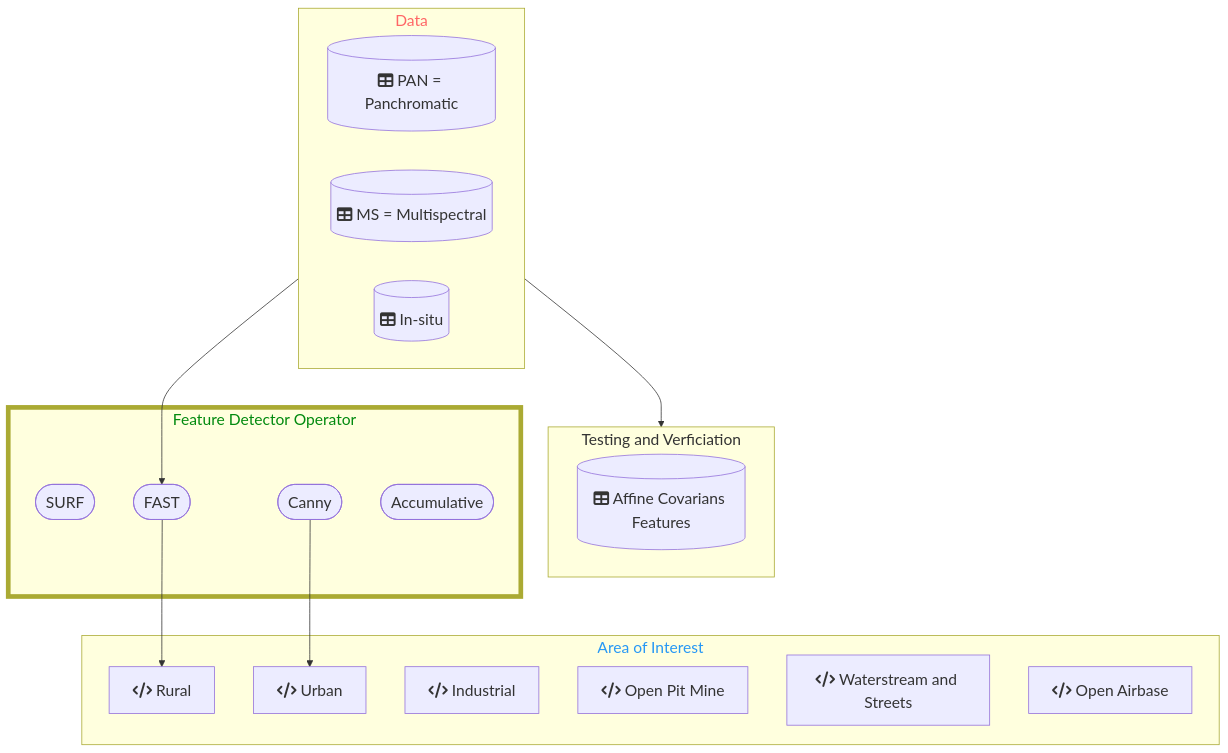
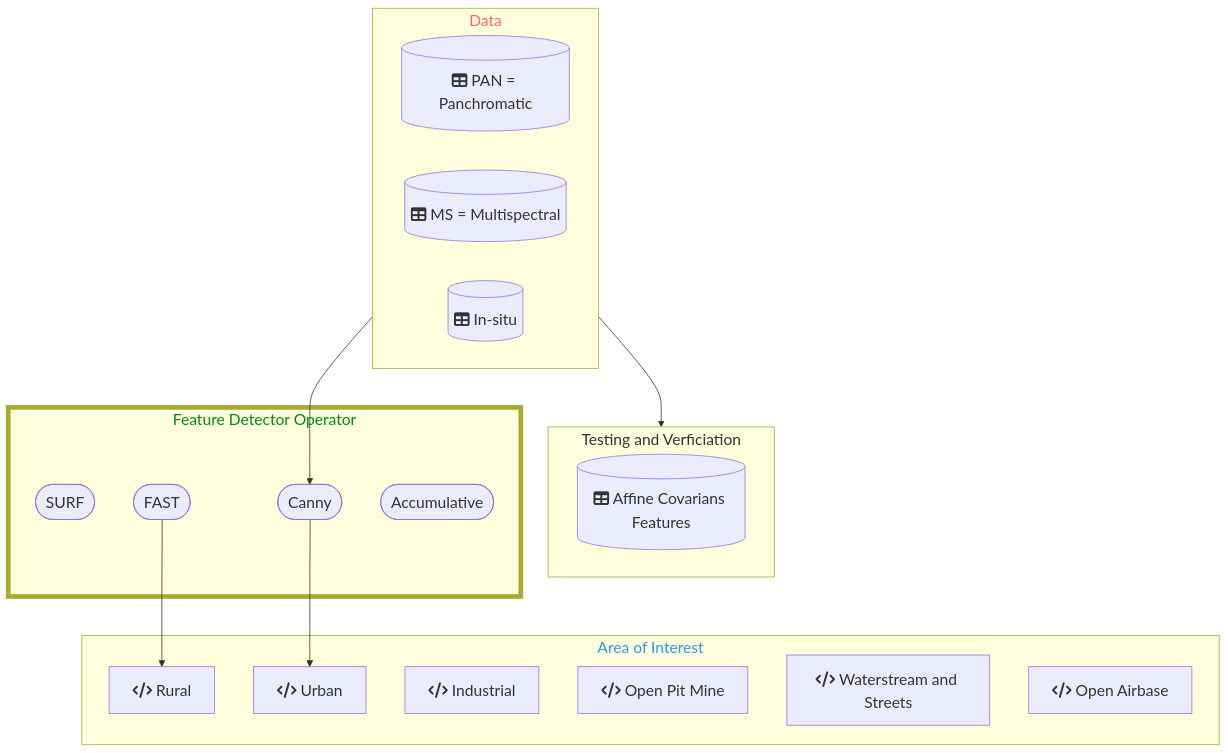
Before and after one commit to DippoldEJ/Feature-Detection-and-Explanation: the diagram in Application/README.md, drawn with Mermaid.

````diff
--- a/Application/README.md
+++ b/Application/README.md
@@ -13,46 +13,46 @@
 ```mermaid
 flowchart TD;
 %%{init: {
 	'themeVariables': { 'fontSize': '20px', 'fontFamily': 'Didot'}
 	}
 }%%
 
  subgraph n[Data]
         direction LR
         h[(fa:fa-table PAN = Panchromatic)]
         g[(fa:fa-table MS = Multispectral)]
 		s[(fa:fa-table In-situ)]
     end
 
  subgraph q[Testing and Verficiation]
         direction LR
         r[(fa:fa-table Affine Covarians Features)]
     end
 
  subgraph o[Feature Detector Operator]
         j([SURF])
         k([FAST])
         l([Canny])
         m([Accumulative])
     end
 
 subgraph p[Area of Interest]
     a[fa:fa-code Rural]
     b[fa:fa-code Urban]
     c[fa:fa-code Industrial]
     d[fa:fa-code Open Pit Mine]
     e[fa:fa-code Waterstream and Streets]
     f[fa:fa-code Open Airbase]
     end
 
 style n color:#f66
 style o stroke-width:6px
 style o color:#028A0F
 style p color:#2798F5
 
-h-->k
+h-->l
 k-->a
 l-->b
 n-->q
 
 ```
````
